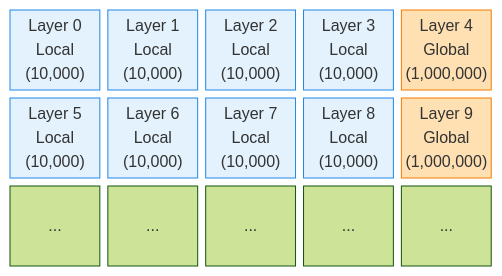
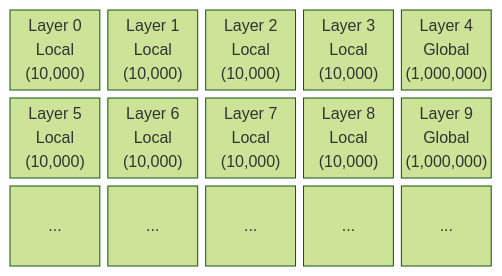
One commit to hwkim-dev/uCA changed the diagram in ko/docs/v002/Models/gemma3n_attention_rope.rst. Above: the diagram before and after it, drawn with Mermaid (forest theme). The commit also changed 3 other files, not shown here.

First line of the commit message:
docs(ko): Mermaid 다이어그램의 하드코딩 색상 제거 (dark-mode 대응)

```diff
--- a/ko/docs/v002/Models/gemma3n_attention_rope.rst
+++ b/ko/docs/v002/Models/gemma3n_attention_rope.rst
@@ -89,29 +89,19 @@
 .. mermaid::
 
    block-beta
        columns 5
        L0["Layer 0\nLocal\n(10,000)"]
        L1["Layer 1\nLocal\n(10,000)"]
        L2["Layer 2\nLocal\n(10,000)"]
        L3["Layer 3\nLocal\n(10,000)"]
        L4["Layer 4\nGlobal\n(1,000,000)"]
        L5["Layer 5\nLocal\n(10,000)"]
        L6["Layer 6\nLocal\n(10,000)"]
        L7["Layer 7\nLocal\n(10,000)"]
        L8["Layer 8\nLocal\n(10,000)"]
        L9["Layer 9\nGlobal\n(1,000,000)"]
        E1["..."]
        E2["..."]
        E3["..."]
        E4["..."]
        E5["..."]
-       style L0 fill:#e3f2fd,stroke:#1e88e5
-       style L1 fill:#e3f2fd,stroke:#1e88e5
-       style L2 fill:#e3f2fd,stroke:#1e88e5
-       style L3 fill:#e3f2fd,stroke:#1e88e5
-       style L4 fill:#ffe0b2,stroke:#f57c00
-       style L5 fill:#e3f2fd,stroke:#1e88e5
-       style L6 fill:#e3f2fd,stroke:#1e88e5
-       style L7 fill:#e3f2fd,stroke:#1e88e5
-       style L8 fill:#e3f2fd,stroke:#1e88e5
-       style L9 fill:#ffe0b2,stroke:#f57c00
```
